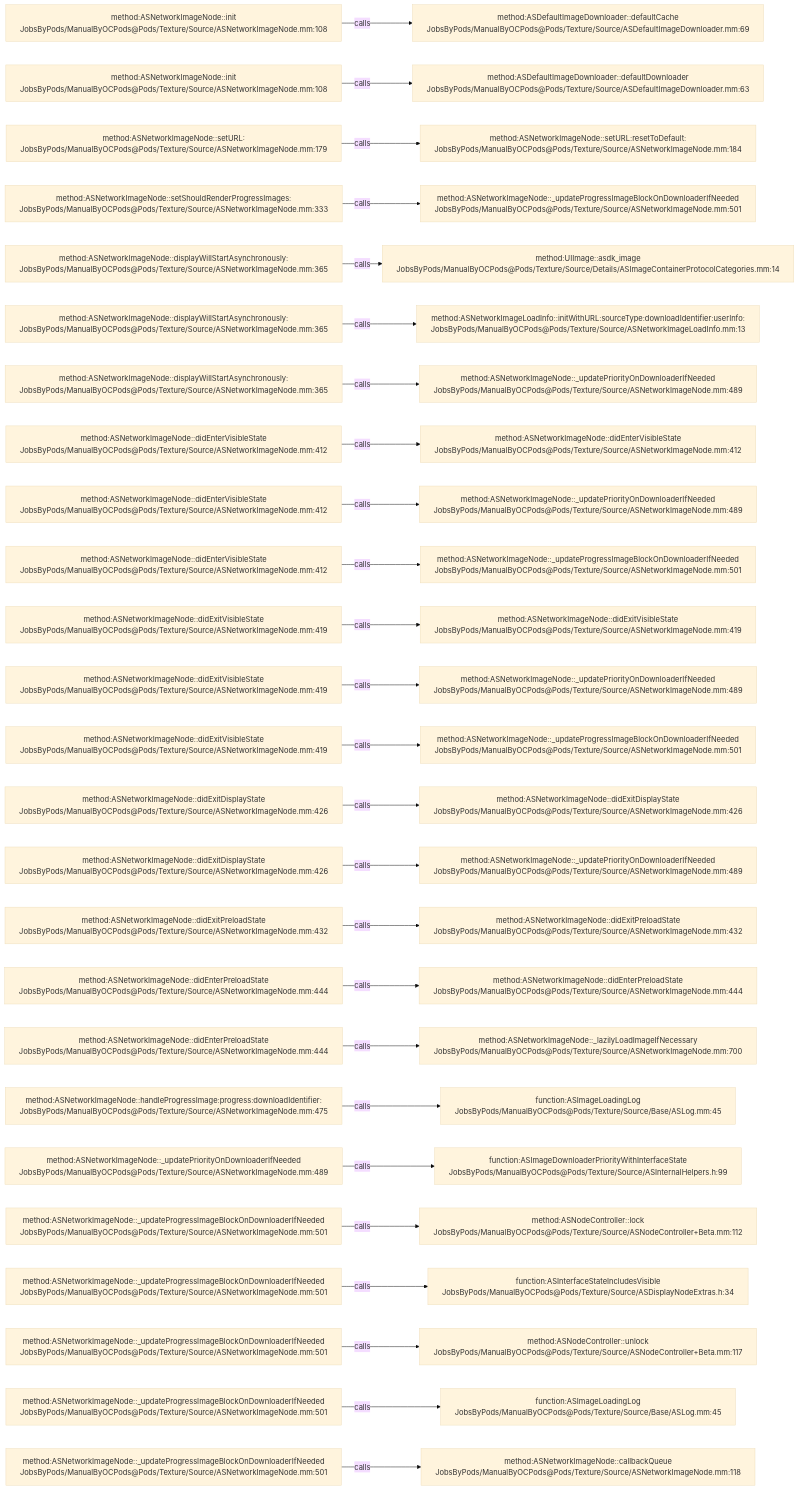
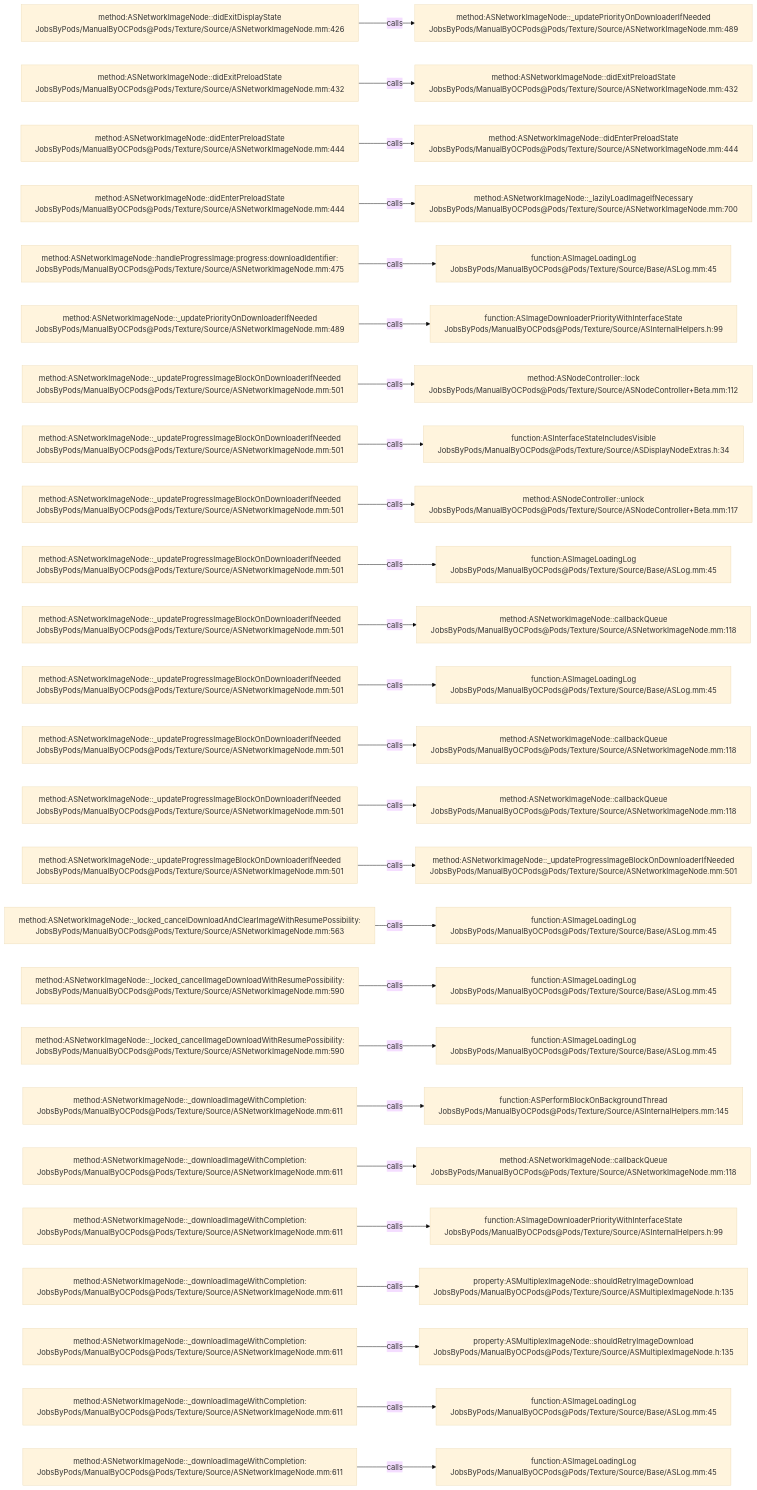
The diagram in .codegraph/codegraph.md/graphs/calls-119.md (JobsKits/JobsOCBaseConfigDemo), drawn with Mermaid (base theme) before and after one commit. The commit also changed 296 other files, not shown here.

````diff
--- a/.codegraph/codegraph.md/graphs/calls-119.md
+++ b/.codegraph/codegraph.md/graphs/calls-119.md
@@ -13,78 +13,78 @@
 ```mermaid
 flowchart LR
-  S1["method:ASNetworkImageNode::init<br/>JobsByPods/ManualByOCPods@Pods/Texture/Source/ASNetworkImageNode.mm:108"]
-  T1["method:ASDefaultImageDownloader::defaultCache<br/>JobsByPods/ManualByOCPods@Pods/Texture/Source/ASDefaultImageDownloader.mm:69"]
+  S1["method:ASNetworkImageNode::didExitDisplayState<br/>JobsByPods/ManualByOCPods@Pods/Texture/Source/ASNetworkImageNode.mm:426"]
+  T1["method:ASNetworkImageNode::_updatePriorityOnDownloaderIfNeeded<br/>JobsByPods/ManualByOCPods@Pods/Texture/Source/ASNetworkImageNode.mm:489"]
   S1 -->|calls| T1
-  S2["method:ASNetworkImageNode::init<br/>JobsByPods/ManualByOCPods@Pods/Texture/Source/ASNetworkImageNode.mm:108"]
-  T2["method:ASDefaultImageDownloader::defaultDownloader<br/>JobsByPods/ManualByOCPods@Pods/Texture/Source/ASDefaultImageDownloader.mm:63"]
+  S2["method:ASNetworkImageNode::didExitPreloadState<br/>JobsByPods/ManualByOCPods@Pods/Texture/Source/ASNetworkImageNode.mm:432"]
+  T2["method:ASNetworkImageNode::didExitPreloadState<br/>JobsByPods/ManualByOCPods@Pods/Texture/Source/ASNetworkImageNode.mm:432"]
   S2 -->|calls| T2
-  S3["method:ASNetworkImageNode::setURL:<br/>JobsByPods/ManualByOCPods@Pods/Texture/Source/ASNetworkImageNode.mm:179"]
-  T3["method:ASNetworkImageNode::setURL:resetToDefault:<br/>JobsByPods/ManualByOCPods@Pods/Texture/Source/ASNetworkImageNode.mm:184"]
+  S3["method:ASNetworkImageNode::didEnterPreloadState<br/>JobsByPods/ManualByOCPods@Pods/Texture/Source/ASNetworkImageNode.mm:444"]
+  T3["method:ASNetworkImageNode::didEnterPreloadState<br/>JobsByPods/ManualByOCPods@Pods/Texture/Source/ASNetworkImageNode.mm:444"]
   S3 -->|calls| T3
-  S4["method:ASNetworkImageNode::setShouldRenderProgressImages:<br/>JobsByPods/ManualByOCPods@Pods/Texture/Source/ASNetworkImageNode.mm:333"]
-  T4["method:ASNetworkImageNode::_updateProgressImageBlockOnDownloaderIfNeeded<br/>JobsByPods/ManualByOCPods@Pods/Texture/Source/ASNetworkImageNode.mm:501"]
+  S4["method:ASNetworkImageNode::didEnterPreloadState<br/>JobsByPods/ManualByOCPods@Pods/Texture/Source/ASNetworkImageNode.mm:444"]
+  T4["method:ASNetworkImageNode::_lazilyLoadImageIfNecessary<br/>JobsByPods/ManualByOCPods@Pods/Texture/Source/ASNetworkImageNode.mm:700"]
   S4 -->|calls| T4
-  S5["method:ASNetworkImageNode::displayWillStartAsynchronously:<br/>JobsByPods/ManualByOCPods@Pods/Texture/Source/ASNetworkImageNode.mm:365"]
-  T5["method:UIImage::asdk_image<br/>JobsByPods/ManualByOCPods@Pods/Texture/Source/Details/ASImageContainerProtocolCategories.mm:14"]
+  S5["method:ASNetworkImageNode::handleProgressImage:progress:downloadIdentifier:<br/>JobsByPods/ManualByOCPods@Pods/Texture/Source/ASNetworkImageNode.mm:475"]
+  T5["function:ASImageLoadingLog<br/>JobsByPods/ManualByOCPods@Pods/Texture/Source/Base/ASLog.mm:45"]
   S5 -->|calls| T5
-  S6["method:ASNetworkImageNode::displayWillStartAsynchronously:<br/>JobsByPods/ManualByOCPods@Pods/Texture/Source/ASNetworkImageNode.mm:365"]
-  T6["method:ASNetworkImageLoadInfo::initWithURL:sourceType:downloadIdentifier:userInfo:<br/>JobsByPods/ManualByOCPods@Pods/Texture/Source/ASNetworkImageLoadInfo.mm:13"]
+  S6["method:ASNetworkImageNode::_updatePriorityOnDownloaderIfNeeded<br/>JobsByPods/ManualByOCPods@Pods/Texture/Source/ASNetworkImageNode.mm:489"]
+  T6["function:ASImageDownloaderPriorityWithInterfaceState<br/>JobsByPods/ManualByOCPods@Pods/Texture/Source/ASInternalHelpers.h:99"]
   S6 -->|calls| T6
-  S7["method:ASNetworkImageNode::displayWillStartAsynchronously:<br/>JobsByPods/ManualByOCPods@Pods/Texture/Source/ASNetworkImageNode.mm:365"]
-  T7["method:ASNetworkImageNode::_updatePriorityOnDownloaderIfNeeded<br/>JobsByPods/ManualByOCPods@Pods/Texture/Source/ASNetworkImageNode.mm:489"]
+  S7["method:ASNetworkImageNode::_updateProgressImageBlockOnDownloaderIfNeeded<br/>JobsByPods/ManualByOCPods@Pods/Texture/Source/ASNetworkImageNode.mm:501"]
+  T7["method:ASNodeController::lock<br/>JobsByPods/ManualByOCPods@Pods/Texture/Source/ASNodeController+Beta.mm:112"]
   S7 -->|calls| T7
-  S8["method:ASNetworkImageNode::didEnterVisibleState<br/>JobsByPods/ManualByOCPods@Pods/Texture/Source/ASNetworkImageNode.mm:412"]
-  T8["method:ASNetworkImageNode::didEnterVisibleState<br/>JobsByPods/ManualByOCPods@Pods/Texture/Source/ASNetworkImageNode.mm:412"]
+  S8["method:ASNetworkImageNode::_updateProgressImageBlockOnDownloaderIfNeeded<br/>JobsByPods/ManualByOCPods@Pods/Texture/Source/ASNetworkImageNode.mm:501"]
+  T8["function:ASInterfaceStateIncludesVisible<br/>JobsByPods/ManualByOCPods@Pods/Texture/Source/ASDisplayNodeExtras.h:34"]
   S8 -->|calls| T8
-  S9["method:ASNetworkImageNode::didEnterVisibleState<br/>JobsByPods/ManualByOCPods@Pods/Texture/Source/ASNetworkImageNode.mm:412"]
-  T9["method:ASNetworkImageNode::_updatePriorityOnDownloaderIfNeeded<br/>JobsByPods/ManualByOCPods@Pods/Texture/Source/ASNetworkImageNode.mm:489"]
+  S9["method:ASNetworkImageNode::_updateProgressImageBlockOnDownloaderIfNeeded<br/>JobsByPods/ManualByOCPods@Pods/Texture/Source/ASNetworkImageNode.mm:501"]
+  T9["method:ASNodeController::unlock<br/>JobsByPods/ManualByOCPods@Pods/Texture/Source/ASNodeController+Beta.mm:117"]
   S9 -->|calls| T9
-  S10["method:ASNetworkImageNode::didEnterVisibleState<br/>JobsByPods/ManualByOCPods@Pods/Texture/Source/ASNetworkImageNode.mm:412"]
-  T10["method:ASNetworkImageNode::_updateProgressImageBlockOnDownloaderIfNeeded<br/>JobsByPods/ManualByOCPods@Pods/Texture/Source/ASNetworkImageNode.mm:501"]
+  S10["method:ASNetworkImageNode::_updateProgressImageBlockOnDownloaderIfNeeded<br/>JobsByPods/ManualByOCPods@Pods/Texture/Source/ASNetworkImageNode.mm:501"]
+  T10["function:ASImageLoadingLog<br/>JobsByPods/ManualByOCPods@Pods/Texture/Source/Base/ASLog.mm:45"]
   S10 -->|calls| T10
-  S11["method:ASNetworkImageNode::didExitVisibleState<br/>JobsByPods/ManualByOCPods@Pods/Texture/Source/ASNetworkImageNode.mm:419"]
-  T11["method:ASNetworkImageNode::didExitVisibleState<br/>JobsByPods/ManualByOCPods@Pods/Texture/Source/ASNetworkImageNode.mm:419"]
+  S11["method:ASNetworkImageNode::_updateProgressImageBlockOnDownloaderIfNeeded<br/>JobsByPods/ManualByOCPods@Pods/Texture/Source/ASNetworkImageNode.mm:501"]
+  T11["method:ASNetworkImageNode::callbackQueue<br/>JobsByPods/ManualByOCPods@Pods/Texture/Source/ASNetworkImageNode.mm:118"]
   S11 -->|calls| T11
-  S12["method:ASNetworkImageNode::didExitVisibleState<br/>JobsByPods/ManualByOCPods@Pods/Texture/Source/ASNetworkImageNode.mm:419"]
-  T12["method:ASNetworkImageNode::_updatePriorityOnDownloaderIfNeeded<br/>JobsByPods/ManualByOCPods@Pods/Texture/Source/ASNetworkImageNode.mm:489"]
+  S12["method:ASNetworkImageNode::_updateProgressImageBlockOnDownloaderIfNeeded<br/>JobsByPods/ManualByOCPods@Pods/Texture/Source/ASNetworkImageNode.mm:501"]
+  T12["function:ASImageLoadingLog<br/>JobsByPods/ManualByOCPods@Pods/Texture/Source/Base/ASLog.mm:45"]
   S12 -->|calls| T12
-  S13["method:ASNetworkImageNode::didExitVisibleState<br/>JobsByPods/ManualByOCPods@Pods/Texture/Source/ASNetworkImageNode.mm:419"]
-  T13["method:ASNetworkImageNode::_updateProgressImageBlockOnDownloaderIfNeeded<br/>JobsByPods/ManualByOCPods@Pods/Texture/Source/ASNetworkImageNode.mm:501"]
+  S13["method:ASNetworkImageNode::_updateProgressImageBlockOnDownloaderIfNeeded<br/>JobsByPods/ManualByOCPods@Pods/Texture/Source/ASNetworkImageNode.mm:501"]
+  T13["method:ASNetworkImageNode::callbackQueue<br/>JobsByPods/ManualByOCPods@Pods/Texture/Source/ASNetworkImageNode.mm:118"]
   S13 -->|calls| T13
-  S14["method:ASNetworkImageNode::didExitDisplayState<br/>JobsByPods/ManualByOCPods@Pods/Texture/Source/ASNetworkImageNode.mm:426"]
-  T14["method:ASNetworkImageNode::didExitDisplayState<br/>JobsByPods/ManualByOCPods@Pods/Texture/Source/ASNetworkImageNode.mm:426"]
+  S14["method:ASNetworkImageNode::_updateProgressImageBlockOnDownloaderIfNeeded<br/>JobsByPods/ManualByOCPods@Pods/Texture/Source/ASNetworkImageNode.mm:501"]
+  T14["method:ASNetworkImageNode::callbackQueue<br/>JobsByPods/ManualByOCPods@Pods/Texture/Source/ASNetworkImageNode.mm:118"]
   S14 -->|calls| T14
-  S15["method:ASNetworkImageNode::didExitDisplayState<br/>JobsByPods/ManualByOCPods@Pods/Texture/Source/ASNetworkImageNode.mm:426"]
-  T15["method:ASNetworkImageNode::_updatePriorityOnDownloaderIfNeeded<br/>JobsByPods/ManualByOCPods@Pods/Texture/Source/ASNetworkImageNode.mm:489"]
+  S15["method:ASNetworkImageNode::_updateProgressImageBlockOnDownloaderIfNeeded<br/>JobsByPods/ManualByOCPods@Pods/Texture/Source/ASNetworkImageNode.mm:501"]
+  T15["method:ASNetworkImageNode::_updateProgressImageBlockOnDownloaderIfNeeded<br/>JobsByPods/ManualByOCPods@Pods/Texture/Source/ASNetworkImageNode.mm:501"]
   S15 -->|calls| T15
-  S16["method:ASNetworkImageNode::didExitPreloadState<br/>JobsByPods/ManualByOCPods@Pods/Texture/Source/ASNetworkImageNode.mm:432"]
-  T16["method:ASNetworkImageNode::didExitPreloadState<br/>JobsByPods/ManualByOCPods@Pods/Texture/Source/ASNetworkImageNode.mm:432"]
+  S16["method:ASNetworkImageNode::_locked_cancelDownloadAndClearImageWithResumePossibility:<br/>JobsByPods/ManualByOCPods@Pods/Texture/Source/ASNetworkImageNode.mm:563"]
+  T16["function:ASImageLoadingLog<br/>JobsByPods/ManualByOCPods@Pods/Texture/Source/Base/ASLog.mm:45"]
   S16 -->|calls| T16
-  S17["method:ASNetworkImageNode::didEnterPreloadState<br/>JobsByPods/ManualByOCPods@Pods/Texture/Source/ASNetworkImageNode.mm:444"]
-  T17["method:ASNetworkImageNode::didEnterPreloadState<br/>JobsByPods/ManualByOCPods@Pods/Texture/Source/ASNetworkImageNode.mm:444"]
+  S17["method:ASNetworkImageNode::_locked_cancelImageDownloadWithResumePossibility:<br/>JobsByPods/ManualByOCPods@Pods/Texture/Source/ASNetworkImageNode.mm:590"]
+  T17["function:ASImageLoadingLog<br/>JobsByPods/ManualByOCPods@Pods/Texture/Source/Base/ASLog.mm:45"]
   S17 -->|calls| T17
-  S18["method:ASNetworkImageNode::didEnterPreloadState<br/>JobsByPods/ManualByOCPods@Pods/Texture/Source/ASNetworkImageNode.mm:444"]
-  T18["method:ASNetworkImageNode::_lazilyLoadImageIfNecessary<br/>JobsByPods/ManualByOCPods@Pods/Texture/Source/ASNetworkImageNode.mm:700"]
+  S18["method:ASNetworkImageNode::_locked_cancelImageDownloadWithResumePossibility:<br/>JobsByPods/ManualByOCPods@Pods/Texture/Source/ASNetworkImageNode.mm:590"]
+  T18["function:ASImageLoadingLog<br/>JobsByPods/ManualByOCPods@Pods/Texture/Source/Base/ASLog.mm:45"]
   S18 -->|calls| T18
-  S19["method:ASNetworkImageNode::handleProgressImage:progress:downloadIdentifier:<br/>JobsByPods/ManualByOCPods@Pods/Texture/Source/ASNetworkImageNode.mm:475"]
-  T19["function:ASImageLoadingLog<br/>JobsByPods/ManualByOCPods@Pods/Texture/Source/Base/ASLog.mm:45"]
+  S19["method:ASNetworkImageNode::_downloadImageWithCompletion:<br/>JobsByPods/ManualByOCPods@Pods/Texture/Source/ASNetworkImageNode.mm:611"]
+  T19["function:ASPerformBlockOnBackgroundThread<br/>JobsByPods/ManualByOCPods@Pods/Texture/Source/ASInternalHelpers.mm:145"]
   S19 -->|calls| T19
-  S20["method:ASNetworkImageNode::_updatePriorityOnDownloaderIfNeeded<br/>JobsByPods/ManualByOCPods@Pods/Texture/Source/ASNetworkImageNode.mm:489"]
-  T20["function:ASImageDownloaderPriorityWithInterfaceState<br/>JobsByPods/ManualByOCPods@Pods/Texture/Source/ASInternalHelpers.h:99"]
+  S20["method:ASNetworkImageNode::_downloadImageWithCompletion:<br/>JobsByPods/ManualByOCPods@Pods/Texture/Source/ASNetworkImageNode.mm:611"]
+  T20["method:ASNetworkImageNode::callbackQueue<br/>JobsByPods/ManualByOCPods@Pods/Texture/Source/ASNetworkImageNode.mm:118"]
   S20 -->|calls| T20
-  S21["method:ASNetworkImageNode::_updateProgressImageBlockOnDownloaderIfNeeded<br/>JobsByPods/ManualByOCPods@Pods/Texture/Source/ASNetworkImageNode.mm:501"]
-  T21["method:ASNodeController::lock<br/>JobsByPods/ManualByOCPods@Pods/Texture/Source/ASNodeController+Beta.mm:112"]
+  S21["method:ASNetworkImageNode::_downloadImageWithCompletion:<br/>JobsByPods/ManualByOCPods@Pods/Texture/Source/ASNetworkImageNode.mm:611"]
+  T21["function:ASImageDownloaderPriorityWithInterfaceState<br/>JobsByPods/ManualByOCPods@Pods/Texture/Source/ASInternalHelpers.h:99"]
   S21 -->|calls| T21
-  S22["method:ASNetworkImageNode::_updateProgressImageBlockOnDownloaderIfNeeded<br/>JobsByPods/ManualByOCPods@Pods/Texture/Source/ASNetworkImageNode.mm:501"]
-  T22["function:ASInterfaceStateIncludesVisible<br/>JobsByPods/ManualByOCPods@Pods/Texture/Source/ASDisplayNodeExtras.h:34"]
+  S22["method:ASNetworkImageNode::_downloadImageWithCompletion:<br/>JobsByPods/ManualByOCPods@Pods/Texture/Source/ASNetworkImageNode.mm:611"]
+  T22["property:ASMultiplexImageNode::shouldRetryImageDownload<br/>JobsByPods/ManualByOCPods@Pods/Texture/Source/ASMultiplexImageNode.h:135"]
   S22 -->|calls| T22
-  S23["method:ASNetworkImageNode::_updateProgressImageBlockOnDownloaderIfNeeded<br/>JobsByPods/ManualByOCPods@Pods/Texture/Source/ASNetworkImageNode.mm:501"]
-  T23["method:ASNodeController::unlock<br/>JobsByPods/ManualByOCPods@Pods/Texture/Source/ASNodeController+Beta.mm:117"]
+  S23["method:ASNetworkImageNode::_downloadImageWithCompletion:<br/>JobsByPods/ManualByOCPods@Pods/Texture/Source/ASNetworkImageNode.mm:611"]
+  T23["property:ASMultiplexImageNode::shouldRetryImageDownload<br/>JobsByPods/ManualByOCPods@Pods/Texture/Source/ASMultiplexImageNode.h:135"]
   S23 -->|calls| T23
-  S24["method:ASNetworkImageNode::_updateProgressImageBlockOnDownloaderIfNeeded<br/>JobsByPods/ManualByOCPods@Pods/Texture/Source/ASNetworkImageNode.mm:501"]
+  S24["method:ASNetworkImageNode::_downloadImageWithCompletion:<br/>JobsByPods/ManualByOCPods@Pods/Texture/Source/ASNetworkImageNode.mm:611"]
   T24["function:ASImageLoadingLog<br/>JobsByPods/ManualByOCPods@Pods/Texture/Source/Base/ASLog.mm:45"]
   S24 -->|calls| T24
-  S25["method:ASNetworkImageNode::_updateProgressImageBlockOnDownloaderIfNeeded<br/>JobsByPods/ManualByOCPods@Pods/Texture/Source/ASNetworkImageNode.mm:501"]
-  T25["method:ASNetworkImageNode::callbackQueue<br/>JobsByPods/ManualByOCPods@Pods/Texture/Source/ASNetworkImageNode.mm:118"]
+  S25["method:ASNetworkImageNode::_downloadImageWithCompletion:<br/>JobsByPods/ManualByOCPods@Pods/Texture/Source/ASNetworkImageNode.mm:611"]
+  T25["function:ASImageLoadingLog<br/>JobsByPods/ManualByOCPods@Pods/Texture/Source/Base/ASLog.mm:45"]
   S25 -->|calls| T25
 ```
````
